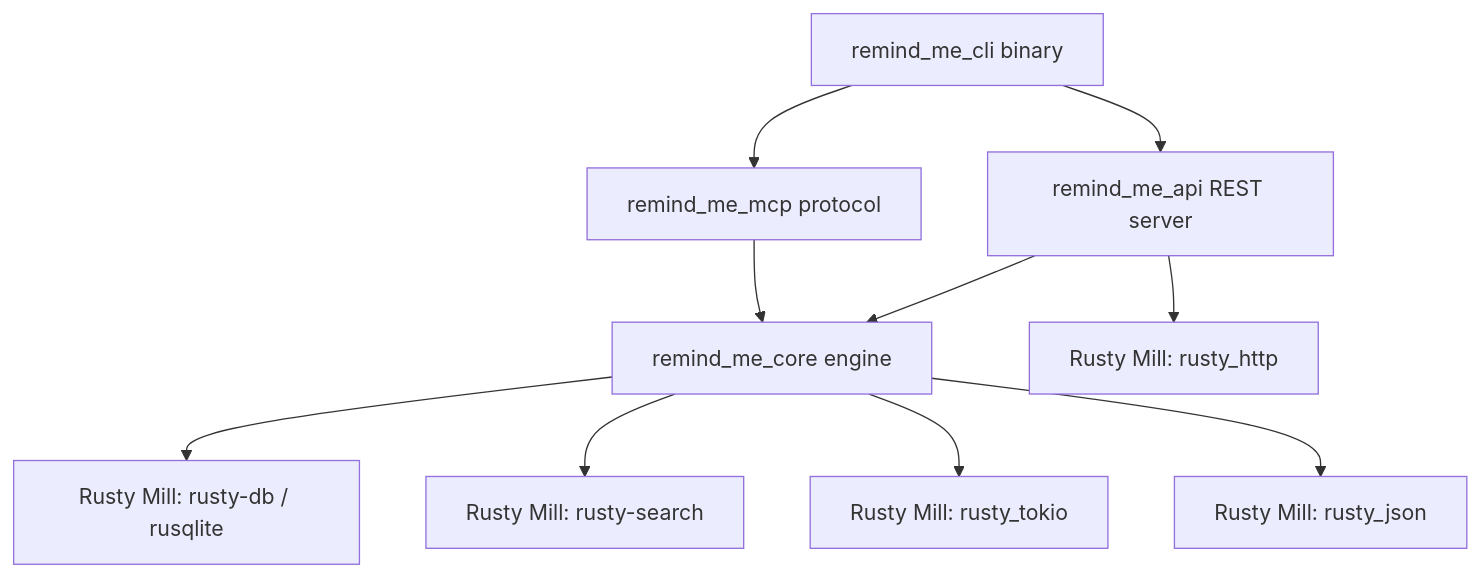
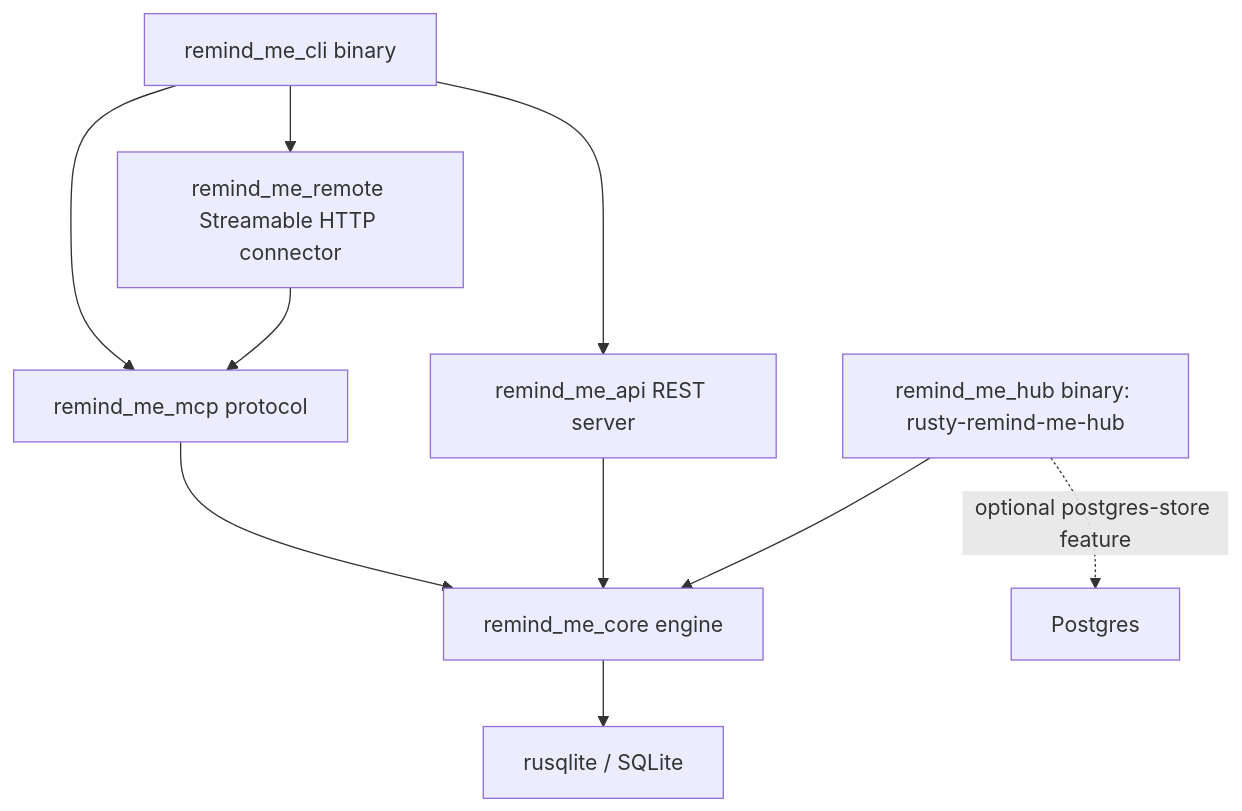
One commit to baileyrd/rusty_remind_me changed the diagram in ARCHITECTURE.md. Above: the diagram before and after it, drawn with Mermaid. The commit also changed other lines of this file, not shown here.

First line of the commit message:
ARCHITECTURE.md: fix fictional Rusty Mill deps, add missing crates

````diff
--- a/ARCHITECTURE.md
+++ b/ARCHITECTURE.md
@@ -21,12 +29,12 @@
 ```mermaid
 graph TD
     CLI[remind_me_cli binary] --> MCP[remind_me_mcp protocol]
     CLI --> API[remind_me_api REST server]
+    CLI --> REMOTE[remind_me_remote Streamable HTTP connector]
     MCP --> CORE[remind_me_core engine]
     API --> CORE
-    CORE --> RM_DB[Rusty Mill: rusty-db / rusqlite]
-    CORE --> RM_SEARCH[Rusty Mill: rusty-search]
-    CORE --> RM_TOKIO[Rusty Mill: rusty_tokio]
-    CORE --> RM_JSON[Rusty Mill: rusty_json]
-    API --> RM_HTTP[Rusty Mill: rusty_http]
+    REMOTE --> MCP
+    HUB[remind_me_hub binary: rusty-remind-me-hub] --> CORE
+    CORE --> RUSQLITE[rusqlite / SQLite]
+    HUB -.->|optional postgres-store feature| POSTGRES[Postgres]
 ```
````
